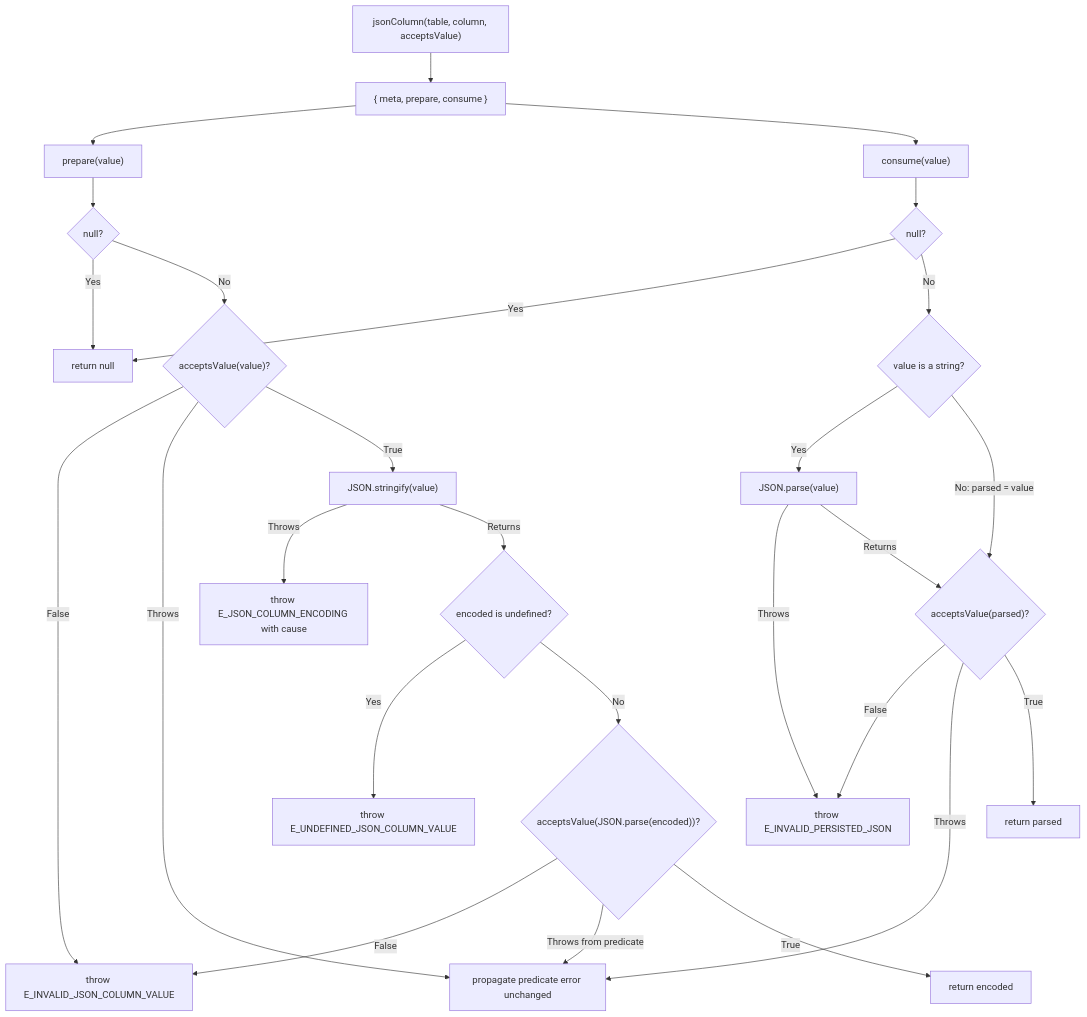
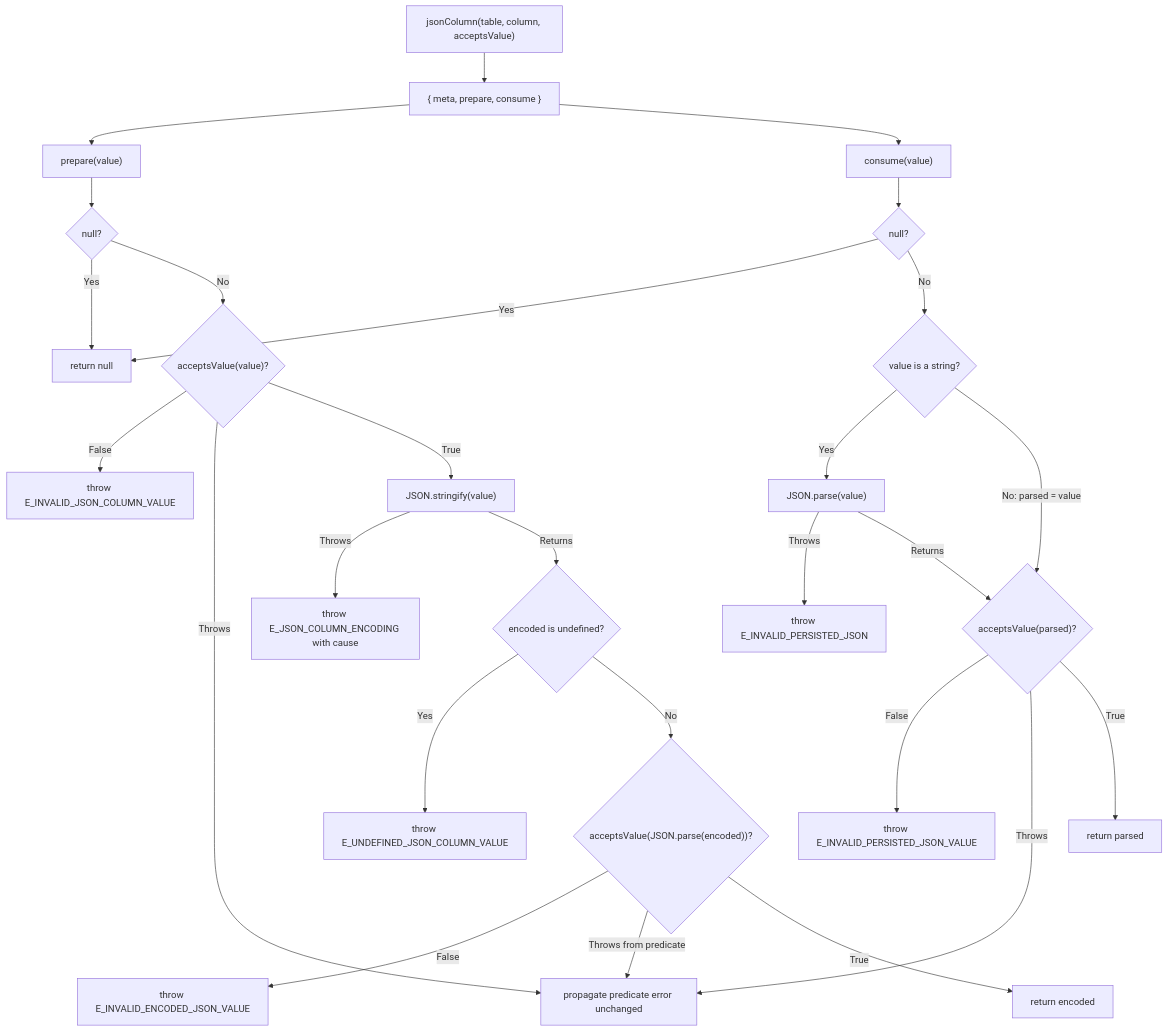
The second of 2 diagrams in user-stories/US-COLUMN-01-store-checked-json.md (Kevinjohn/oss-adonisjs-lucid-checked-columns), drawn with Mermaid before and after one commit. The commit also changed other lines of this file and 9 other files, not shown here.

````diff
--- a/user-stories/US-COLUMN-01-store-checked-json.md
+++ b/user-stories/US-COLUMN-01-store-checked-json.md
@@ -48,29 +48,29 @@
 ```mermaid
 flowchart TD
     A["jsonColumn(table, column, acceptsValue)"] --> B["{ meta, prepare, consume }"]
     B --> P["prepare(value)"]
     P --> P1{"null?"}
     P1 -->|Yes| P2["return null"]
     P1 -->|No| P3{"acceptsValue(value)?"}
     P3 -->|False| I["throw E_INVALID_JSON_COLUMN_VALUE"]
     P3 -->|Throws| X["propagate predicate error unchanged"]
     P3 -->|True| F["JSON.stringify(value)"]
     F -->|Throws| E["throw E_JSON_COLUMN_ENCODING with cause"]
     F -->|Returns| U{"encoded is undefined?"}
     U -->|Yes| N["throw E_UNDEFINED_JSON_COLUMN_VALUE"]
     U -->|No| R{"acceptsValue(JSON.parse(encoded))?"}
-    R -->|False| I
+    R -->|False| Y["throw E_INVALID_ENCODED_JSON_VALUE"]
     R -->|Throws from predicate| X
     R -->|True| P5["return encoded"]
     B --> C["consume(value)"]
     C --> C1{"null?"}
     C1 -->|Yes| P2
     C1 -->|No| C2{"value is a string?"}
     C2 -->|Yes| J["JSON.parse(value)"]
     J -->|Throws| V["throw E_INVALID_PERSISTED_JSON"]
     J -->|Returns| C3{"acceptsValue(parsed)?"}
     C2 -->|No: parsed = value| C3
-    C3 -->|False| V
+    C3 -->|False| W["throw E_INVALID_PERSISTED_JSON_VALUE"]
     C3 -->|Throws| X
     C3 -->|True| C5["return parsed"]
 ```
````
